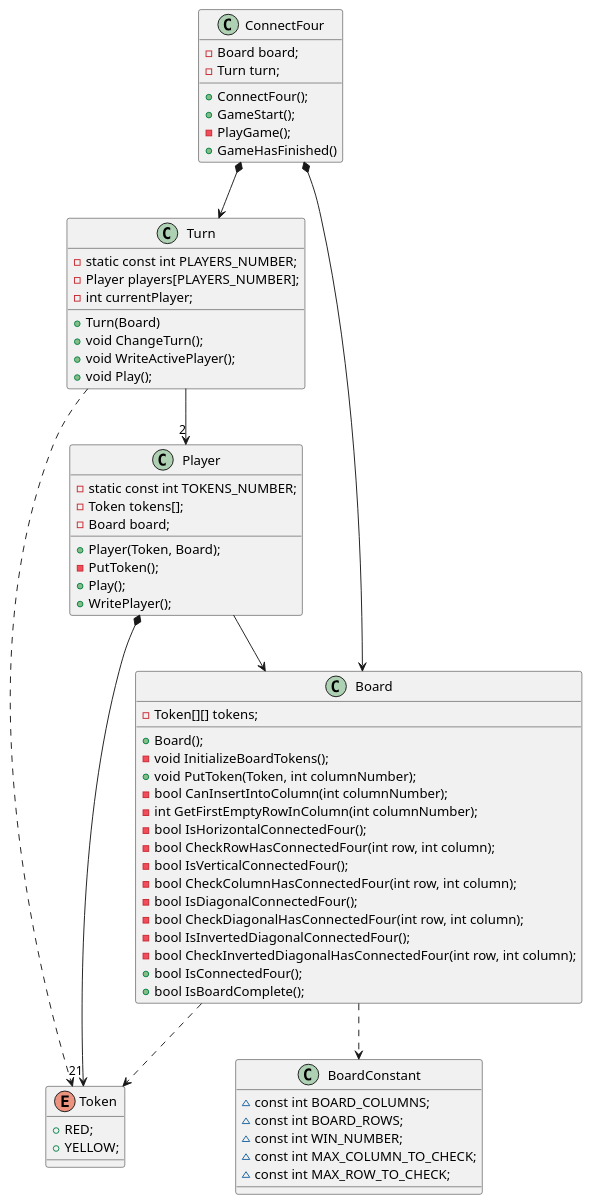
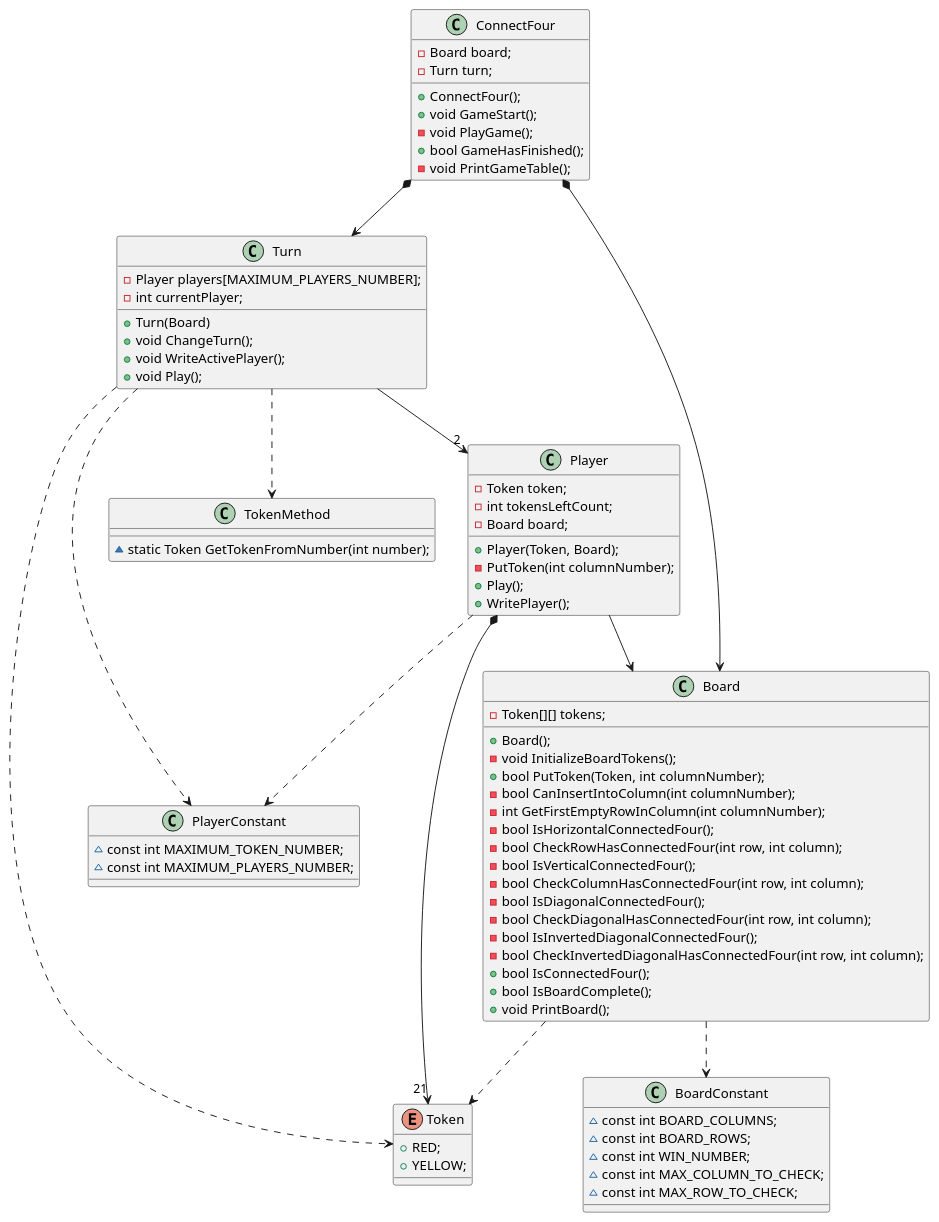
The diagram in docs/src/uml.plantuml (bate-ye-edo/IWVG-ConnectFour), drawn with PlantUML before and after one commit. The commit also changed 8 other files, not shown here.

```diff
--- a/docs/src/uml.plantuml
+++ b/docs/src/uml.plantuml
@@ -1,69 +1,78 @@
 @startuml
 
 
 class ConnectFour{
   - Board board;
   - Turn turn;
   + ConnectFour();
-  + GameStart();
-  - PlayGame();
-  + GameHasFinished()
+  + void GameStart();
+  - void PlayGame();
+  + bool GameHasFinished();
+  - void PrintGameTable();
 }
 class Turn{
-  - static const int PLAYERS_NUMBER;
-  - Player players[PLAYERS_NUMBER];
+  - Player players[MAXIMUM_PLAYERS_NUMBER];
   - int currentPlayer;
   + Turn(Board)
   + void ChangeTurn();
   + void WriteActivePlayer();
   + void Play();
 }
 class Player{
-  - static const int TOKENS_NUMBER;
-  - Token tokens[];
+  - Token token;
+  - int tokensLeftCount;
   - Board board;
   + Player(Token, Board);
-  - PutToken();
+  - PutToken(int columnNumber);
   + Play();
   + WritePlayer();
 }
 class Board{
   - Token[][] tokens;
   + Board();
   - void InitializeBoardTokens();
-  + void PutToken(Token, int columnNumber);
+  + bool PutToken(Token, int columnNumber);
   - bool CanInsertIntoColumn(int columnNumber);
   - int GetFirstEmptyRowInColumn(int columnNumber);
   - bool IsHorizontalConnectedFour();
   - bool CheckRowHasConnectedFour(int row, int column);
   - bool IsVerticalConnectedFour();
   - bool CheckColumnHasConnectedFour(int row, int column);
   - bool IsDiagonalConnectedFour();
   - bool CheckDiagonalHasConnectedFour(int row, int column);
   - bool IsInvertedDiagonalConnectedFour();
   - bool CheckInvertedDiagonalHasConnectedFour(int row, int column);
   + bool IsConnectedFour();
   + bool IsBoardComplete();
+  + void PrintBoard();
 }
-static class BoardConstant{
+class BoardConstant{
   ~ const int BOARD_COLUMNS;
   ~ const int BOARD_ROWS;
   ~ const int WIN_NUMBER;
   ~ const int MAX_COLUMN_TO_CHECK;
   ~ const int MAX_ROW_TO_CHECK;
 }
+class PlayerConstant{
+  ~ const int MAXIMUM_TOKEN_NUMBER;
+  ~ const int MAXIMUM_PLAYERS_NUMBER;
+}
 enum Token{
   + RED;
   + YELLOW;
 }
-
+static class TokenMethod{
+  ~ static Token GetTokenFromNumber(int number);
+}
 ConnectFour  *-down-> Board 
 ConnectFour *-down-> Turn
 Turn -down-> "2" Player
 Turn .down.> Token
 Player  *-down-> "21" Token
 Player --> Board
 Board ..>Token
 Board ..>BoardConstant
-
+Player ..> PlayerConstant
+Turn ..> PlayerConstant
+Turn ..> TokenMethod
 @enduml
```
